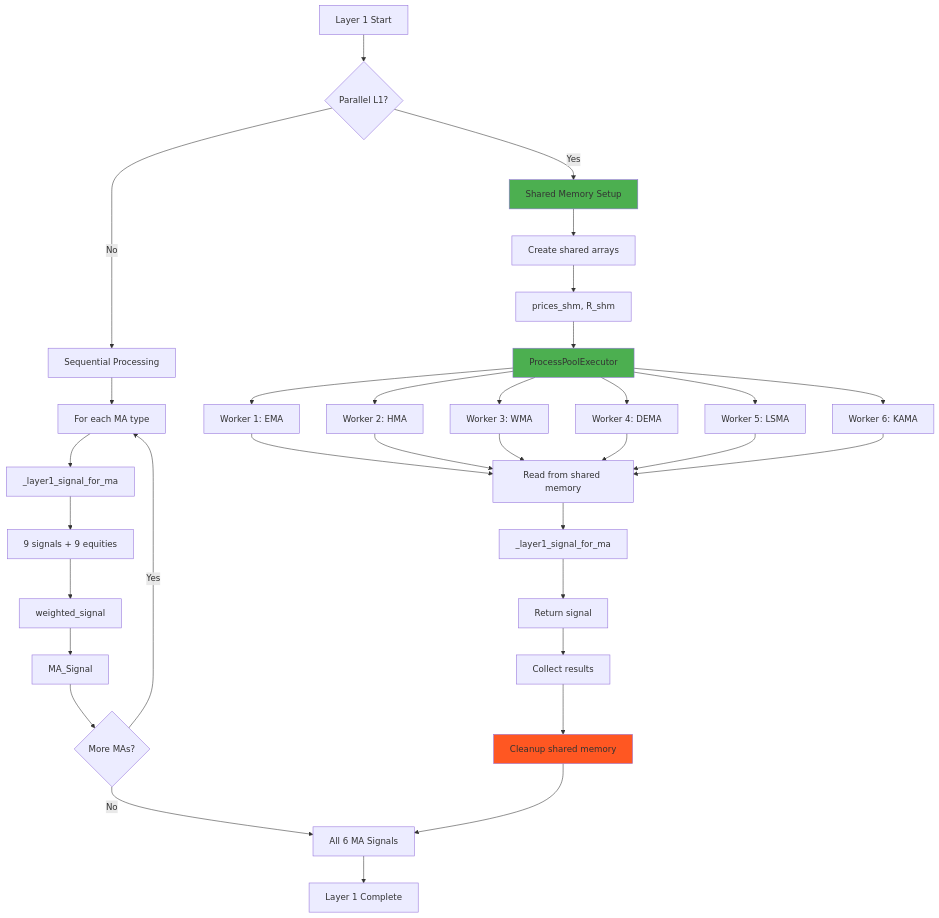
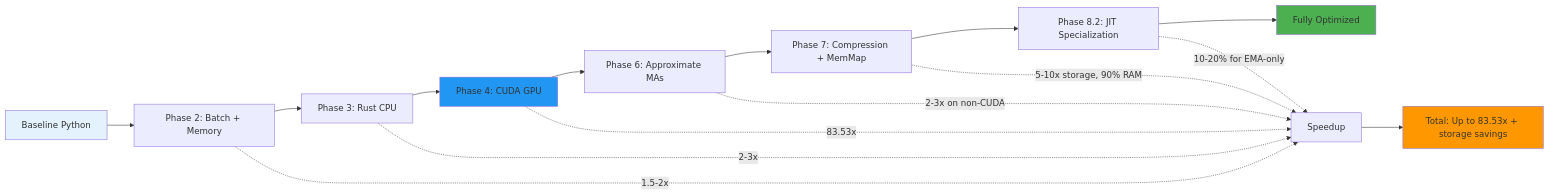
Before and after one commit to Nguyenthang2292/Sovereign-IQ: the eighth of 12 diagrams in modules/adaptive_trend_LTS/docs/optimization_flow_diagram.md, drawn with Mermaid. The commit also changed other lines of this file and 81 other files, not shown here.

````diff
--- a/modules/adaptive_trend_LTS/docs/optimization_flow_diagram.md
+++ b/modules/adaptive_trend_LTS/docs/optimization_flow_diagram.md
@@ -251,46 +347,24 @@
 ```mermaid
-graph TB
-    A[Layer 1 Start] --> B{Parallel L1?}
+graph LR
+    A[Baseline Python] --> B[Phase 2: Batch + Memory]
+    B --> C[Phase 3: Rust CPU]
+    C --> D[Phase 4: CUDA GPU]
+    D --> E[Phase 6: Approximate MAs]
+    E --> F[Phase 7: Compression + MemMap]
+    F --> G[Phase 8.2: JIT Specialization]
+    G --> H[Fully Optimized]
 
-    B -->|No| C[Sequential Processing]
-    C --> D[For each MA type]
-    D --> E[_layer1_signal_for_ma]
-    E --> F[9 signals + 9 equities]
-    F --> G[weighted_signal]
-    G --> H[MA_Signal]
-    H --> I{More MAs?}
-    I -->|Yes| D
-    I -->|No| J[All 6 MA Signals]
+    B -.->|1.5-2x| SP1[Speedup]
+    C -.->|2-3x| SP1
+    D -.->|83.53x| SP1
+    E -.->|2-3x on non-CUDA| SP1
+    F -.->|5-10x storage, 90% RAM| SP1
+    G -.->|10-20% for EMA-only| SP1
 
-    B -->|Yes| K[Shared Memory Setup]
-    K --> L[Create shared arrays]
-    L --> M[prices_shm, R_shm]
+    SP1 --> Total[Total: Up to 83.53x + storage savings]
 
-    M --> N[ProcessPoolExecutor]
-    N --> O[Worker 1: EMA]
-    N --> P[Worker 2: HMA]
-    N --> Q[Worker 3: WMA]
-    N --> R[Worker 4: DEMA]
-    N --> S[Worker 5: LSMA]
-    N --> T[Worker 6: KAMA]
-
-    O --> U[Read from shared memory]
-    P --> U
-    Q --> U
-    R --> U
-    S --> U
-    T --> U
-
-    U --> V[_layer1_signal_for_ma]
-    V --> W[Return signal]
-
-    W --> X[Collect results]
-    X --> Y[Cleanup shared memory]
-    Y --> J
-
-    J --> Z[Layer 1 Complete]
-
-    style K fill:#4CAF50
-    style N fill:#4CAF50
-    style Y fill:#FF5722
+    style A fill:#E3F2FD
+    style D fill:#2196F3
+    style H fill:#4CAF50
+    style Total fill:#FF9800
 ```
````
